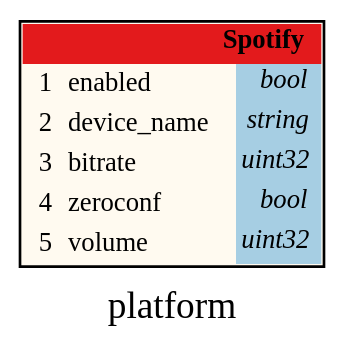
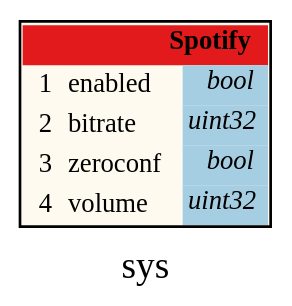
Before and after one commit to sle118/squeezelite-esp32: the diagram in protobuf/generated/Spotify.dot, drawn with Graphviz. The commit also changed 445 other files, not shown here.

```diff
--- a/protobuf/generated/Spotify.dot
+++ b/protobuf/generated/Spotify.dot
@@ -1,29 +1,29 @@
 /*
 	do not edit:
 	auto-generated by github.com/seamia/protodot
 */
 digraph protodot {
 
-	/* package:   platform */
+	/* package:   sys */
 	/* source:    C:/Users/sle11/Documents/VSCode/squeezelite-esp32/protobuf/proto/Spotify.proto */
 	/* selection: * */
 
 	rankdir=LR;
-	label="platform";
-	tooltip="platform";
+	label="sys";
+	tooltip="sys";
 	bgcolor="transparent"
 
 	node [
 		shape=plaintext
 		fontsize=10
 		fontname="Ubuntu"
 	];
 
 
 	/* ------ nodes ------ */
-	Node_Ja_101	[shape=plaintext tooltip="platform.Spotify" label=<<TABLE BORDER="1" CELLBORDER="0" CELLSPACING="0" BGCOLOR="#fffaf0"><TR><TD COLSPAN="4" PORT="header" BGCOLOR="#e31a1c" ALIGN="right"><b>Spotify</b></TD></TR><TR><TD ALIGN="right"></TD><TD ALIGN="right">1</TD><TD ALIGN="left">enabled</TD><TD BGCOLOR="#a6cee3" PORT="poenabled" ALIGN="right" TITLE="bool"><i>bool</i></TD></TR><TR><TD ALIGN="right"></TD><TD ALIGN="right">2</TD><TD ALIGN="left">device_name</TD><TD BGCOLOR="#a6cee3" PORT="podevice_name" ALIGN="right" TITLE="string"><i>string</i></TD></TR><TR><TD ALIGN="right"></TD><TD ALIGN="right">3</TD><TD ALIGN="left">bitrate</TD><TD BGCOLOR="#a6cee3" PORT="pobitrate" ALIGN="right" TITLE="uint32"><i>uint32</i></TD></TR><TR><TD ALIGN="right"></TD><TD ALIGN="right">4</TD><TD ALIGN="left">zeroconf</TD><TD BGCOLOR="#a6cee3" PORT="pozeroconf" ALIGN="right" TITLE="bool"><i>bool</i></TD></TR><TR><TD ALIGN="right"></TD><TD ALIGN="right">5</TD><TD ALIGN="left">volume</TD><TD BGCOLOR="#a6cee3" PORT="povolume" ALIGN="right" TITLE="uint32"><i>uint32</i></TD></TR></TABLE>>];
+	Node_Ja_101	[shape=plaintext tooltip="sys.Spotify" label=<<TABLE BORDER="1" CELLBORDER="0" CELLSPACING="0" BGCOLOR="#fffaf0"><TR><TD COLSPAN="4" PORT="header" BGCOLOR="#e31a1c" ALIGN="right"><b>Spotify</b></TD></TR><TR><TD ALIGN="right"></TD><TD ALIGN="right">1</TD><TD ALIGN="left">enabled</TD><TD BGCOLOR="#a6cee3" PORT="poenabled" ALIGN="right" TITLE="bool"><i>bool</i></TD></TR><TR><TD ALIGN="right"></TD><TD ALIGN="right">2</TD><TD ALIGN="left">bitrate</TD><TD BGCOLOR="#a6cee3" PORT="pobitrate" ALIGN="right" TITLE="uint32"><i>uint32</i></TD></TR><TR><TD ALIGN="right"></TD><TD ALIGN="right">3</TD><TD ALIGN="left">zeroconf</TD><TD BGCOLOR="#a6cee3" PORT="pozeroconf" ALIGN="right" TITLE="bool"><i>bool</i></TD></TR><TR><TD ALIGN="right"></TD><TD ALIGN="right">4</TD><TD ALIGN="left">volume</TD><TD BGCOLOR="#a6cee3" PORT="povolume" ALIGN="right" TITLE="uint32"><i>uint32</i></TD></TR></TABLE>>];
 
 	/* ------ connections ------ */
 
-	/* generated by github.com/seamia/protodot on Friday, 24-Nov-23 14:36:38 EST */
+	/* generated by github.com/seamia/protodot on Sunday, 21-Jan-24 22:15:10 EST */
 }
```
